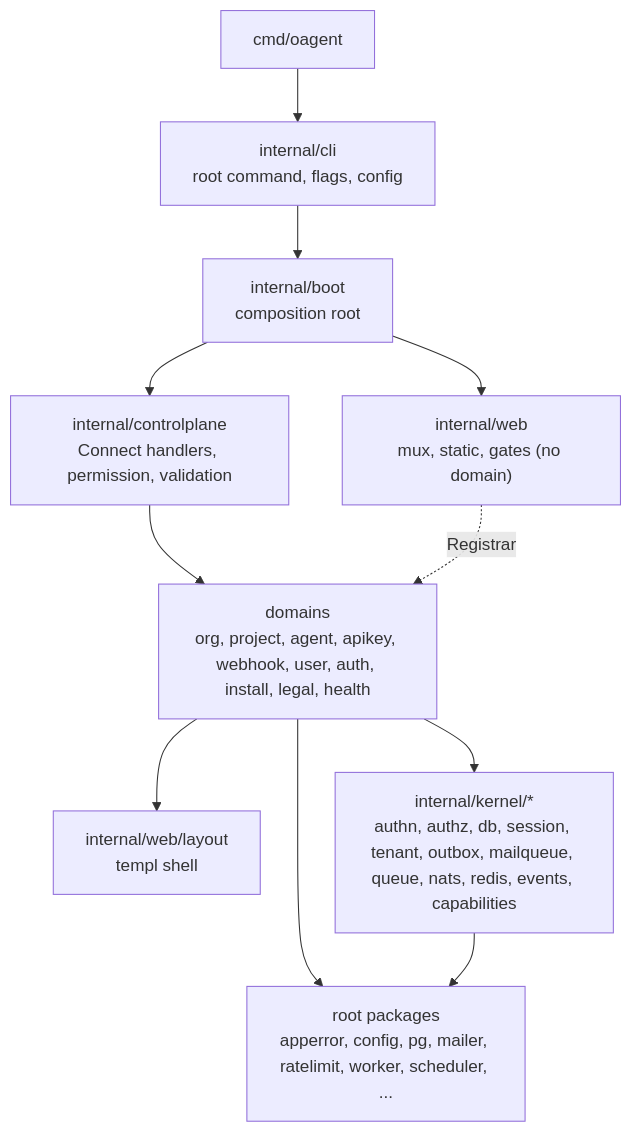
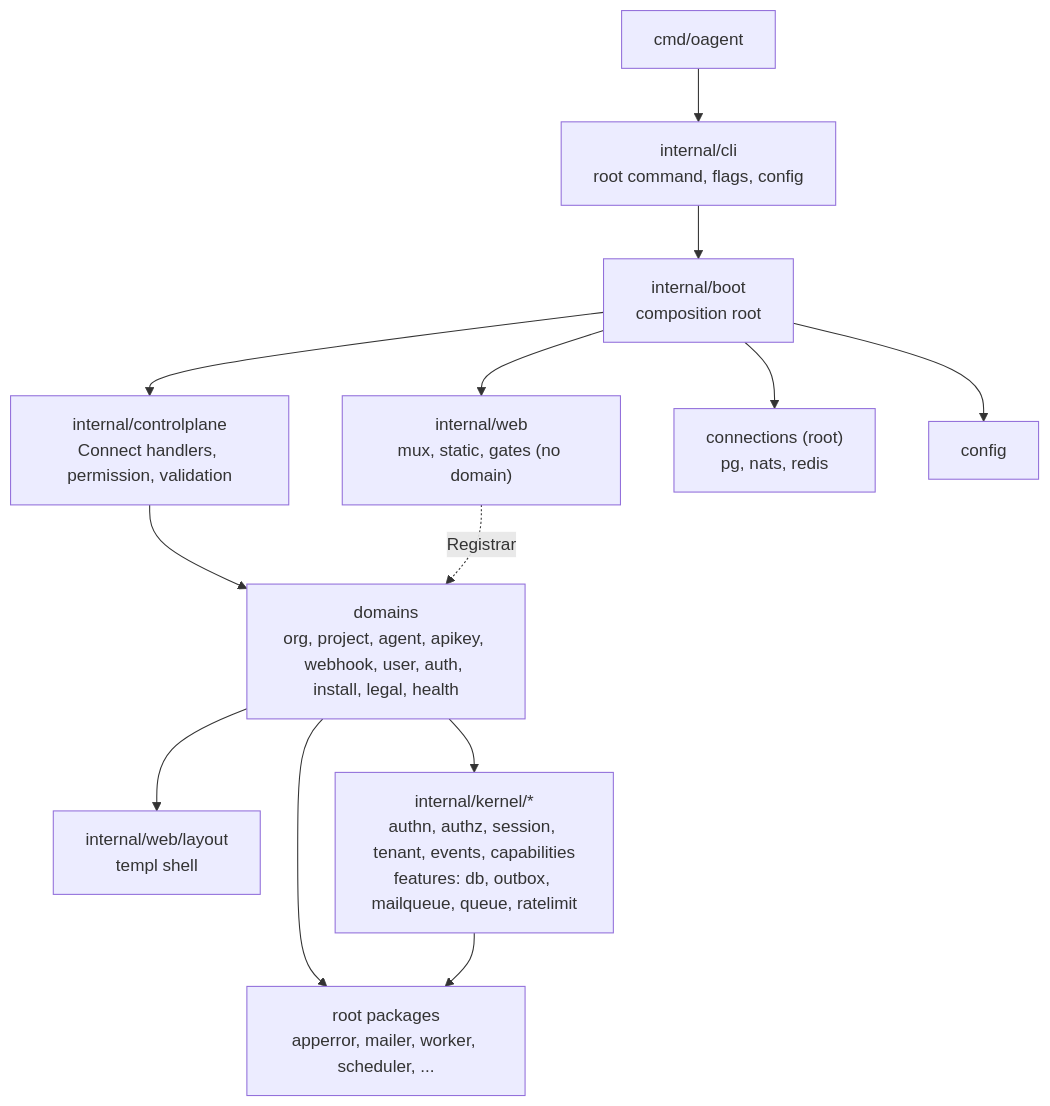
Before and after one commit to altalune-id/oagent: the diagram in docs/architecture/README.md, drawn with Mermaid. The commit also changed other lines of this file and 12 other files, not shown here.

Commit message:
chore: backends are root connections, features live in the kernel; guard rails and docs

````diff
--- a/docs/architecture/README.md
+++ b/docs/architecture/README.md
@@ -22,13 +22,15 @@
 ```mermaid
 flowchart TB
   CMD["cmd/oagent"] --> CLI["internal/cli<br/>root command, flags, config"]
   CLI --> BOOT["internal/boot<br/>composition root"]
   BOOT --> CP["internal/controlplane<br/>Connect handlers, permission, validation"]
   BOOT --> WEB["internal/web<br/>mux, static, gates (no domain)"]
   CP --> DOM["domains<br/>org, project, agent, apikey, webhook, user, auth, install, legal, health"]
   WEB -. Registrar .-> DOM
   DOM --> LAYOUT["internal/web/layout<br/>templ shell"]
-  DOM --> KERNEL["internal/kernel/*<br/>authn, authz, db, session, tenant, outbox, mailqueue, queue, nats, redis, events, capabilities"]
-  DOM --> ROOT["root packages<br/>apperror, config, pg, mailer, ratelimit, worker, scheduler, ..."]
+  DOM --> KERNEL["internal/kernel/*<br/>authn, authz, session, tenant, events, capabilities<br/>features: db, outbox, mailqueue, queue, ratelimit"]
+  DOM --> ROOT["root packages<br/>apperror, mailer, worker, scheduler, ..."]
   KERNEL --> ROOT
+  BOOT --> CONN["connections (root)<br/>pg, nats, redis"]
+  BOOT --> CFG["config"]
 ```
````
